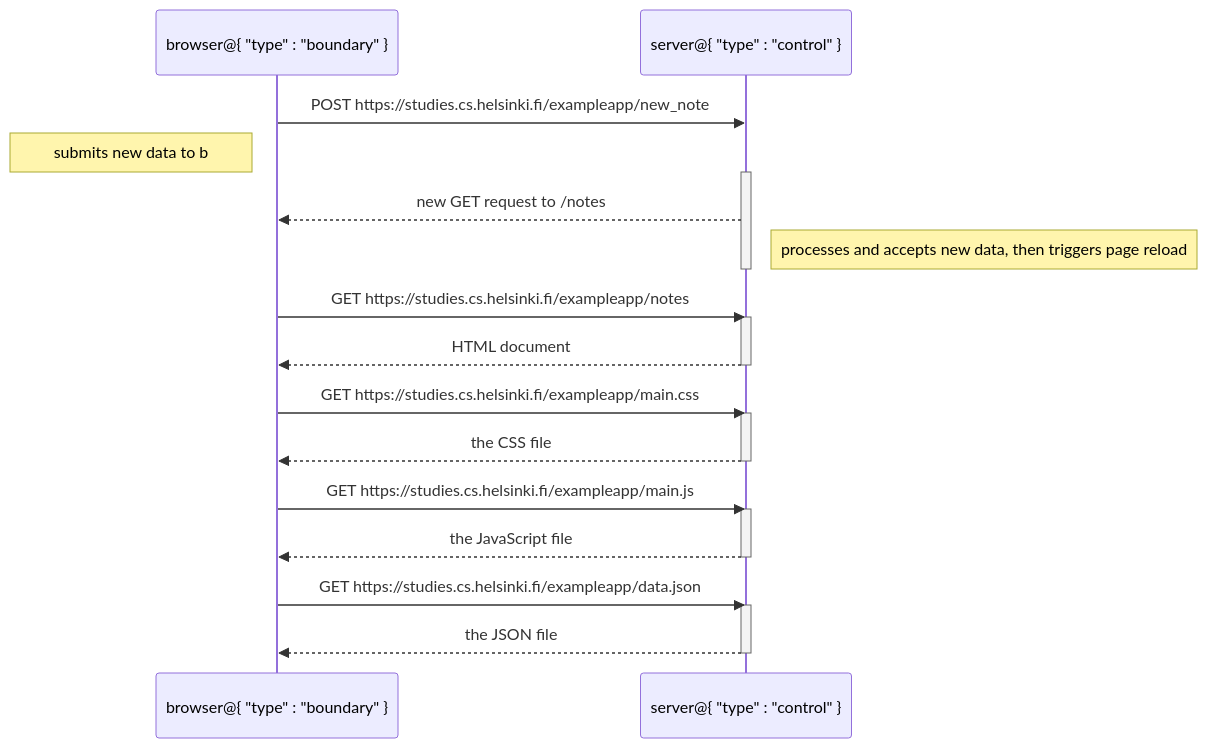
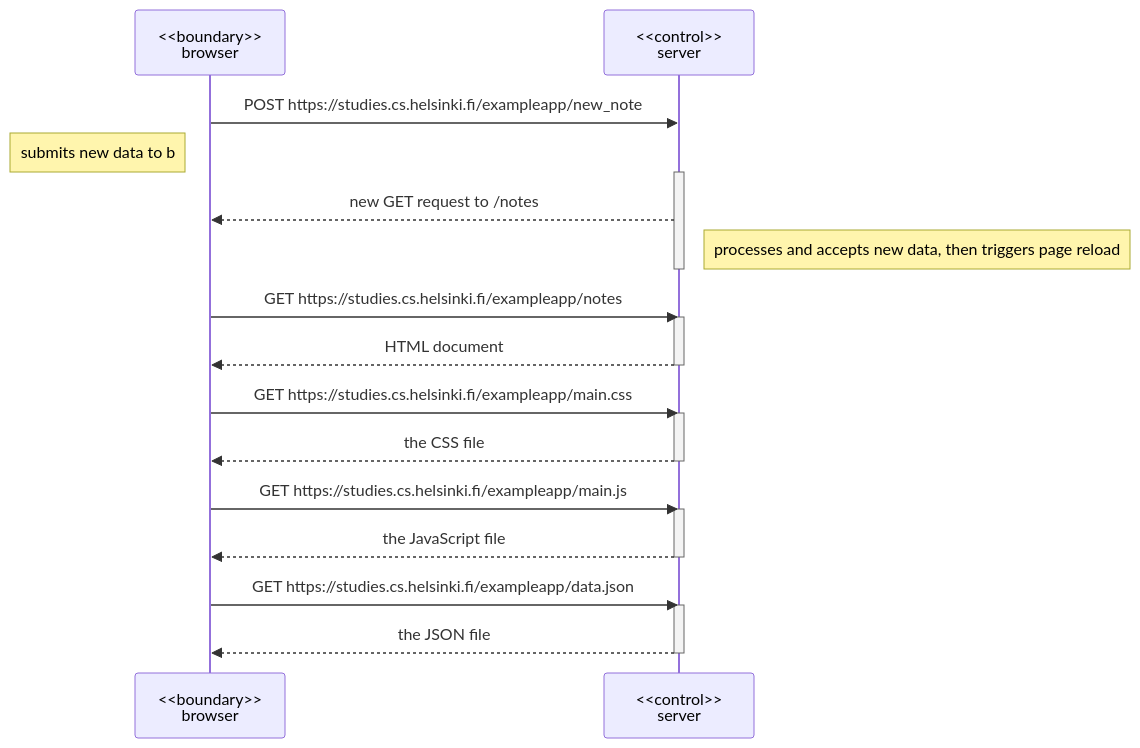
Before and after one commit to billiraheem/fullstack-open: the diagram in PART 0/0.4/new-notes-mermaid-diagram.md, drawn with Mermaid.

Commit message:
structural fix

````diff
--- a/PART 0/0.4/new-notes-mermaid-diagram.md
+++ b/PART 0/0.4/new-notes-mermaid-diagram.md
@@ -1,32 +1,32 @@
 ```mermaid
 sequenceDiagram
-    participant b as browser@{ "type" : "boundary" }
-    participant s as server@{ "type" : "control" }
+    participant b as <<boundary>><br>browser
+    participant s as <<control>><br>server
 
     b->>s: POST https://studies.cs.helsinki.fi/exampleapp/new_note
     Note left of b: submits new data to b
     activate s
     s-->>b: new GET request to /notes
     Note right of s: processes and accepts new data, then triggers page reload
     deactivate s
 
     b->>s: GET https://studies.cs.helsinki.fi/exampleapp/notes
     activate s
     s-->>b: HTML document
     deactivate s
 
     b->>s: GET https://studies.cs.helsinki.fi/exampleapp/main.css
     activate s
     s-->>b: the CSS file
     deactivate s
 
     b->>s: GET https://studies.cs.helsinki.fi/exampleapp/main.js
     activate s
     s-->>b: the JavaScript file
     deactivate s
 
     b->>s: GET https://studies.cs.helsinki.fi/exampleapp/data.json
     activate s
     s-->>b: the JSON file
     deactivate s
 ```
````
